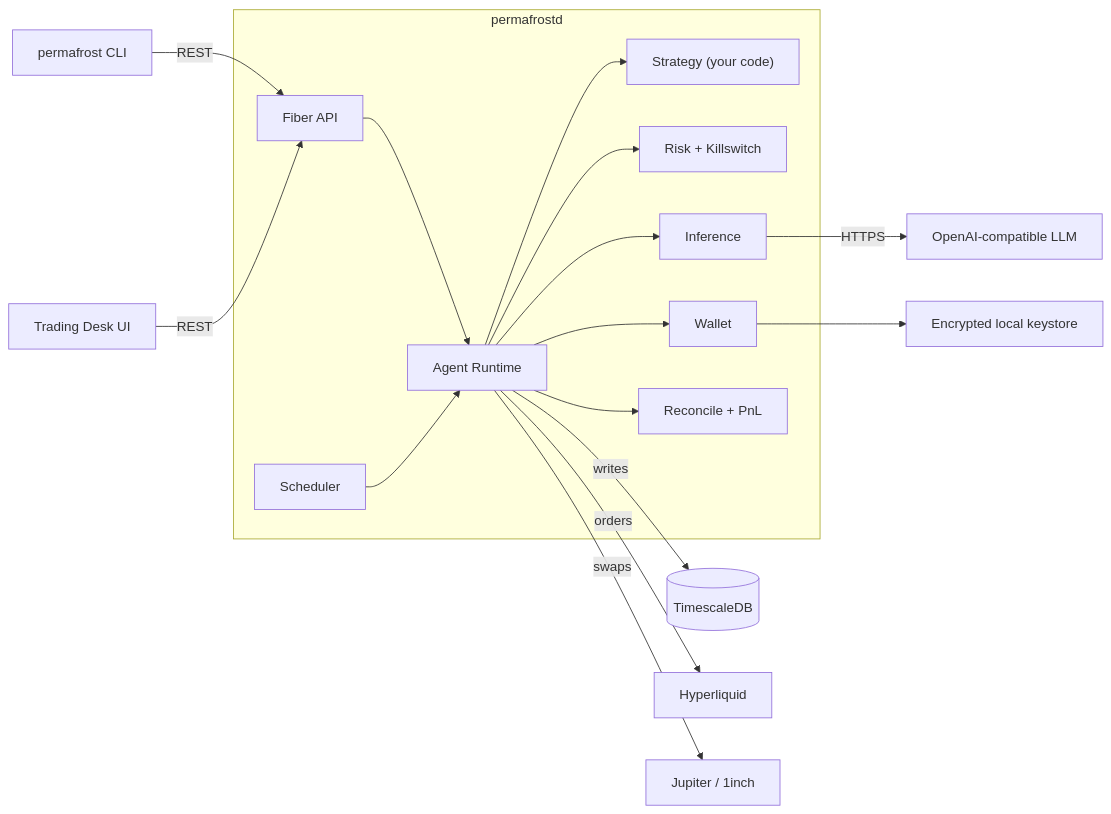
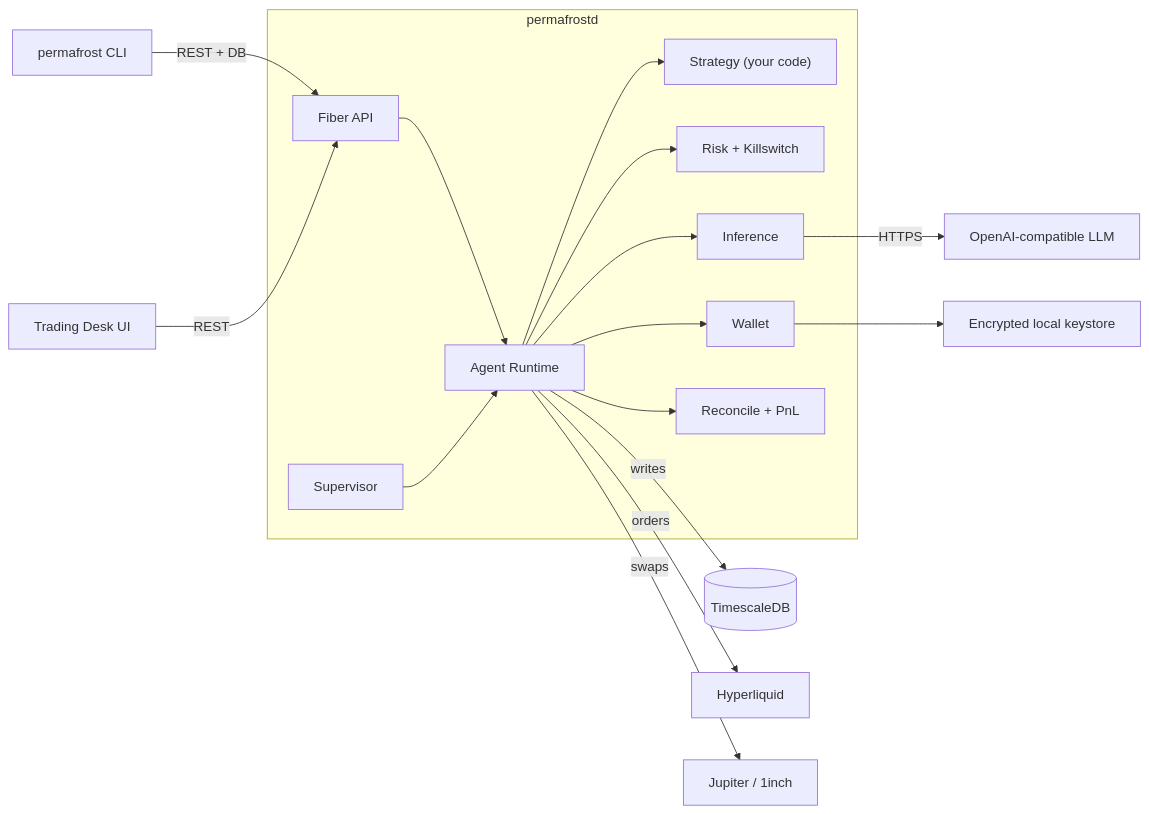
One commit to teslashibe/permafrost changed the diagram in README.md. Above: the diagram before and after it, drawn with Mermaid. The commit also changed other lines of this file and 36 other files, not shown here.

````diff
--- a/README.md
+++ b/README.md
@@ -99,27 +99,27 @@
 ```mermaid
 flowchart LR
-    CLI[permafrost CLI] -->|REST| API
+    CLI[permafrost CLI] -->|REST + DB| API
     Desk[Trading Desk UI] -->|REST| API
     subgraph permafrostd
       API[Fiber API]
-      SCHED[Scheduler]
+      SUP[Supervisor]
       AGENT[Agent Runtime]
       STRAT[Strategy &lpar;your code&rpar;]
       RISK[Risk + Killswitch]
       INF[Inference]
       WAL[Wallet]
       RECON[Reconcile + PnL]
       API --> AGENT
-      SCHED --> AGENT
+      SUP --> AGENT
       AGENT --> STRAT
       AGENT --> RISK
       AGENT --> INF
       AGENT --> WAL
       AGENT --> RECON
     end
     AGENT -->|writes| TS[(TimescaleDB)]
     AGENT -->|orders| HL[Hyperliquid]
     AGENT -->|swaps| JUP[Jupiter / 1inch]
     INF -->|HTTPS| LLM[OpenAI-compatible LLM]
     WAL --> KS[Encrypted local keystore]
 ```
````
